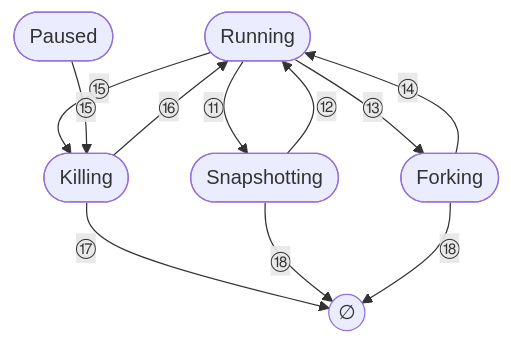
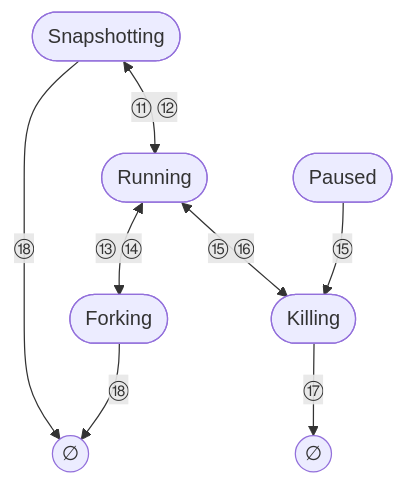
The second of 2 diagrams in agentenv/19-state-machine-and-concurrency.md (AustinJiangg/ai-books), drawn with Mermaid before and after one commit. The commit also changed other lines of this file and 52 other files, not shown here.

````diff
--- a/agentenv/19-state-machine-and-concurrency.md
+++ b/agentenv/19-state-machine-and-concurrency.md
@@ -115,13 +115,10 @@
 ```mermaid
 flowchart TB
-    R(["Running"]) -->|"⑪"| SN(["Snapshotting"])
-    SN -->|"⑫"| R
-    R -->|"⑬"| FK(["Forking"])
-    FK -->|"⑭"| R
-    R -->|"⑮"| K(["Killing"])
+    SN(["Snapshotting"]) <-->|"⑪ ⑫"| R(["Running"])
+    R <-->|"⑬ ⑭"| FK(["Forking"])
+    R <-->|"⑮ ⑯"| K(["Killing"])
     P(["Paused"]) -->|"⑮"| K
-    K -->|"⑯"| R
-    K -->|"⑰"| E(("∅"))
-    SN -->|"⑱"| E
-    FK -->|"⑱"| E
+    K -->|"⑰"| E1(("∅"))
+    SN -->|"⑱"| E2(("∅"))
+    FK -->|"⑱"| E2
 ```
````
